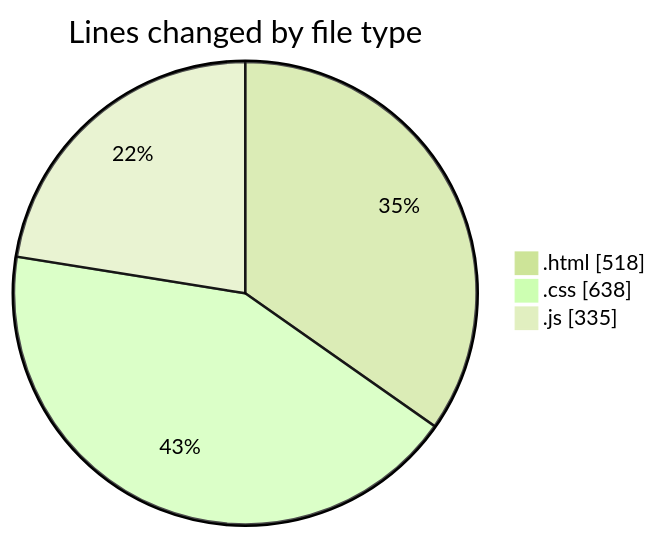
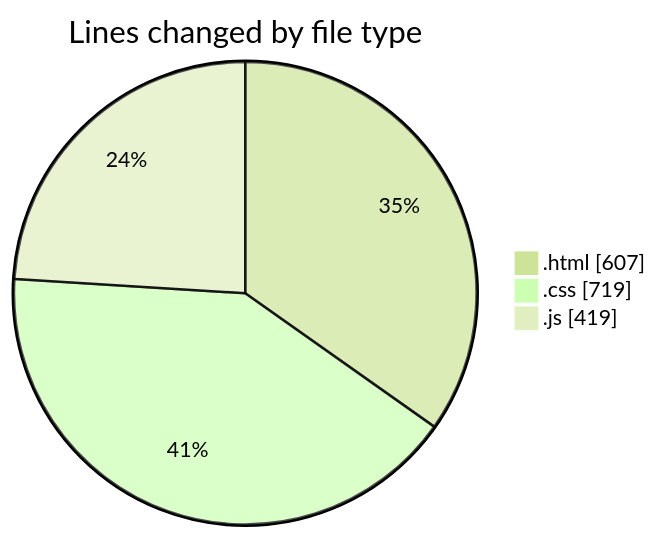
The first of 2 diagrams in 2025-09-01/project_3/README.md (IJAZ3593/code-tracking), drawn with Mermaid (forest theme) before and after one commit. The commit also changed other lines of this file and 1 other file, not shown here.

````diff
--- a/2025-09-01/project_3/README.md
+++ b/2025-09-01/project_3/README.md
@@ -26,7 +26,7 @@
 ```mermaid
 pie showData
 title Lines changed by file type
-".html" : 518
-".css" : 638
-".js" : 335
+".html" : 607
+".css" : 719
+".js" : 419
 ```
````
